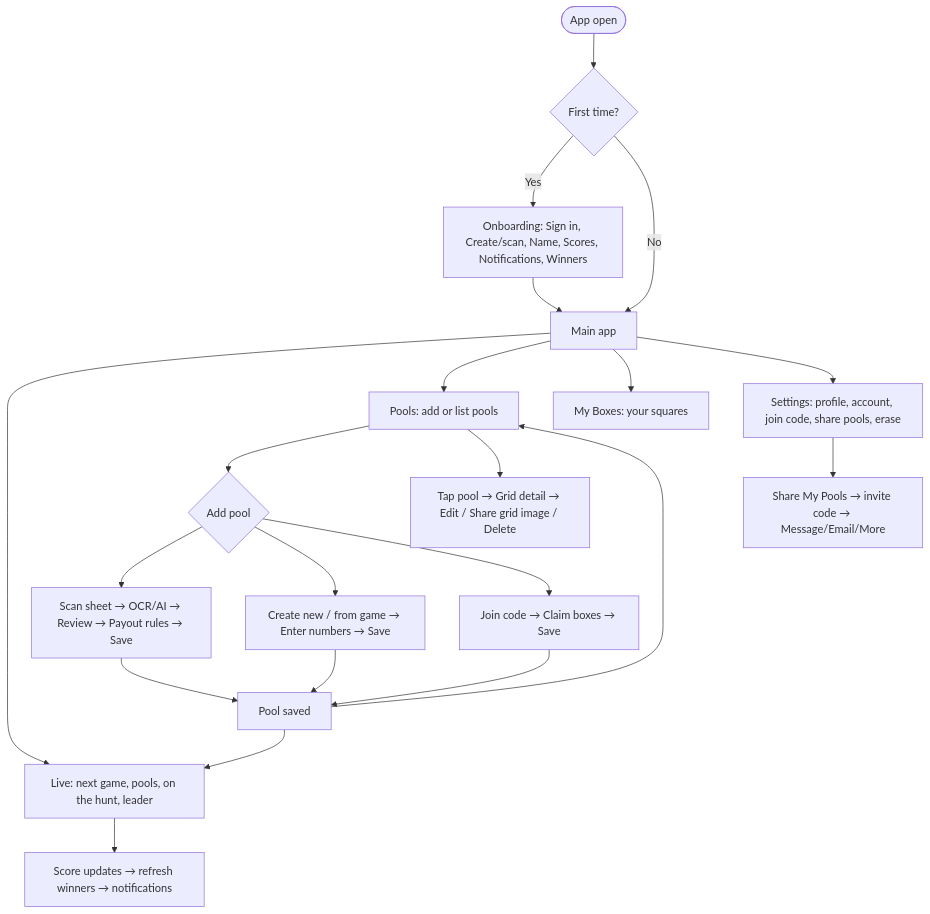
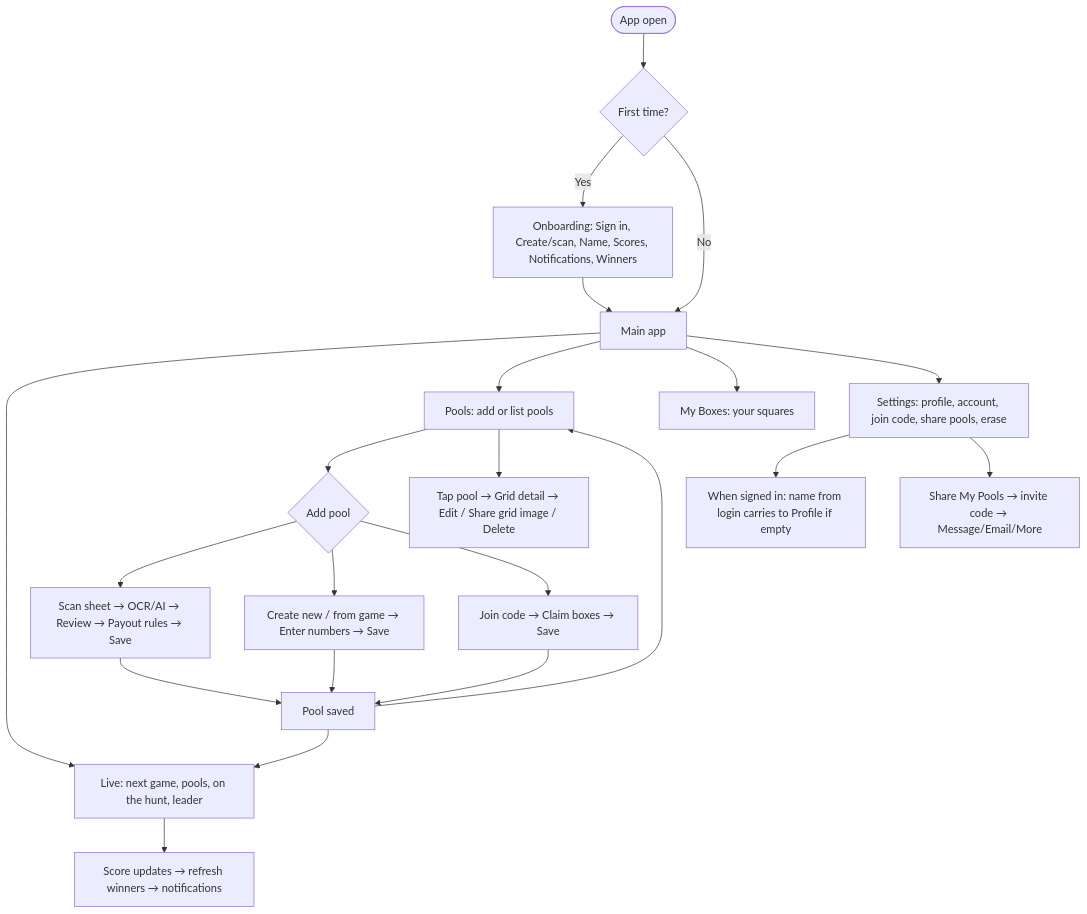
Before and after one commit to mcapace/superbowlbox: diagram 12 of 12 in docs/APP_FLOW.md, drawn with Mermaid. The commit also changed other lines of this file and 7 other files, not shown here.

First line of the commit message:
Docs: auth (Apple/Google/Email), schemas, flowcharts, UX

````diff
--- a/docs/APP_FLOW.md
+++ b/docs/APP_FLOW.md
@@ -268,23 +273,24 @@
 ```mermaid
 flowchart TB
     Start([App open]) --> Onboard{First time?}
     Onboard -->|Yes| O[Onboarding: Sign in, Create/scan, Name, Scores, Notifications, Winners]
     Onboard -->|No| Main[Main app]
     O --> Main
     Main --> Live[Live: next game, pools, on the hunt, leader]
     Main --> Pools[Pools: add or list pools]
     Main --> Boxes[My Boxes: your squares]
     Main --> Set[Settings: profile, account, join code, share pools, erase]
+    Set --> NameCarry[When signed in: name from login carries to Profile if empty]
     Pools --> Add{Add pool}
     Add --> Scan[Scan sheet → OCR/AI → Review → Payout rules → Save]
     Add --> Create[Create new / from game → Enter numbers → Save]
     Add --> Join[Join code → Claim boxes → Save]
     Scan --> Saved[Pool saved]
     Create --> Saved
     Join --> Saved
     Saved --> Live
     Saved --> Pools
     Live --> Score[Score updates → refresh winners → notifications]
     Pools --> Grid[Tap pool → Grid detail → Edit / Share grid image / Delete]
     Set --> SharePools[Share My Pools → invite code → Message/Email/More]
 ```
````
